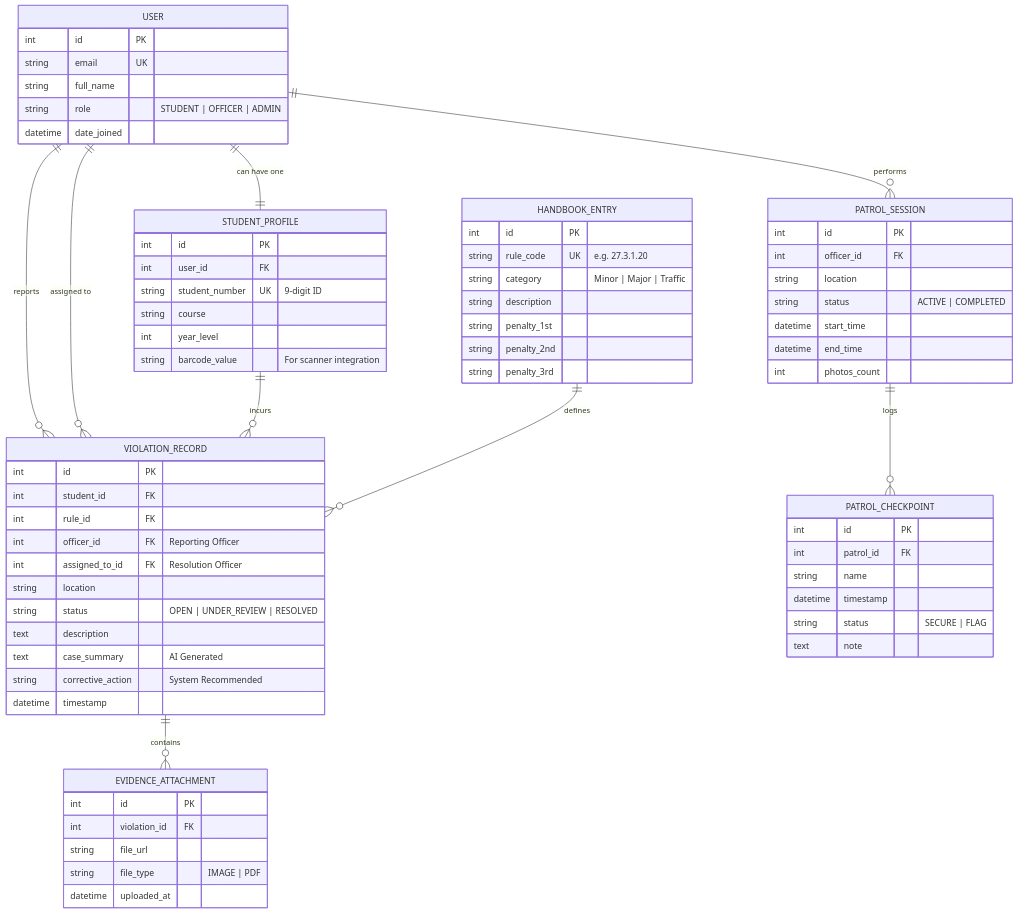
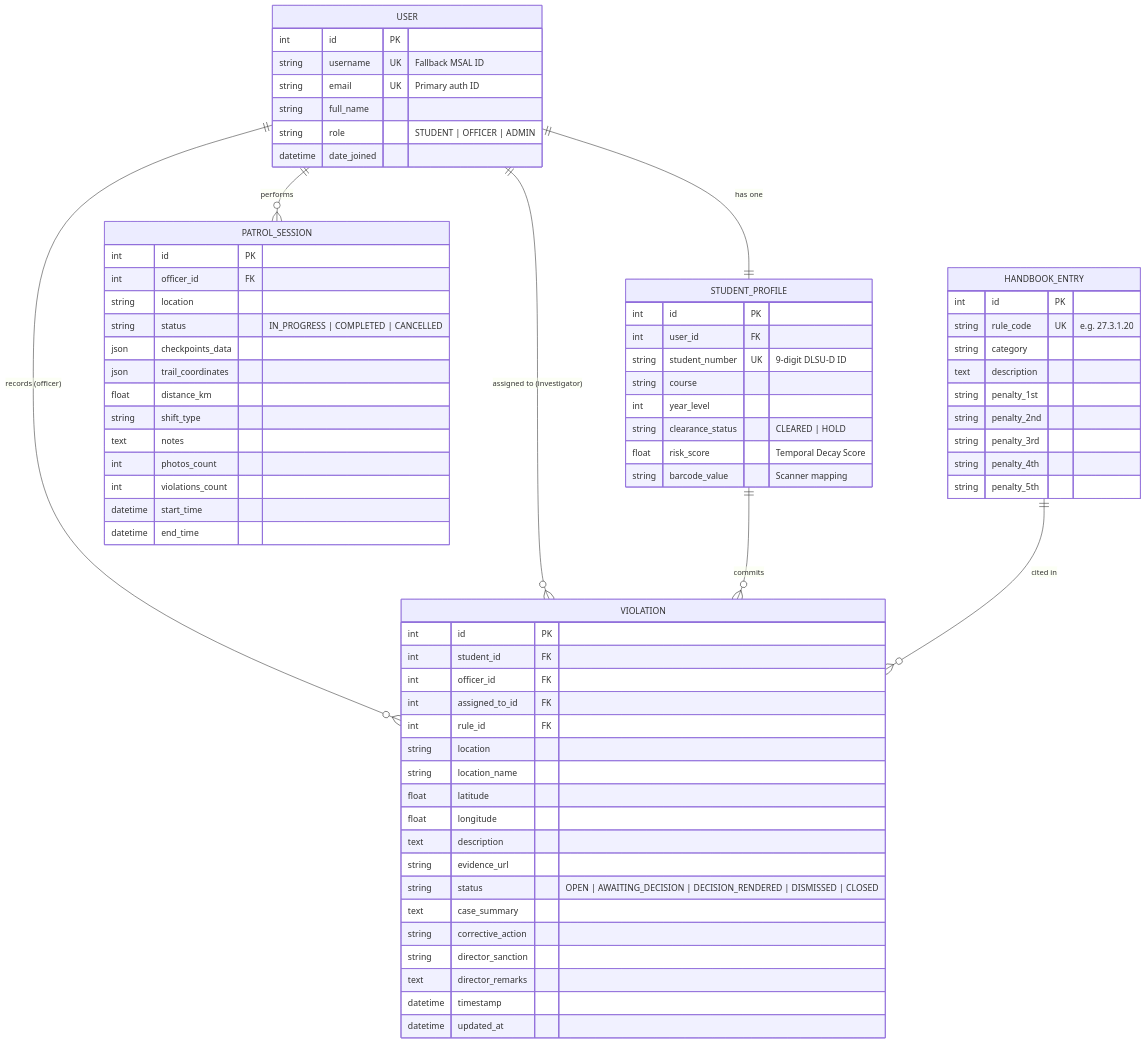
One commit to NIHATI-SWAFO/Thesis changed the diagram in schema.md. Above: the diagram before and after it, drawn with Mermaid. The commit also changed other lines of this file and 2 other files, not shown here.

Commit message:
docs: finalize system documentation, algorithm specification, and database schema for thesis defense

````diff
--- a/schema.md
+++ b/schema.md
@@ -13,90 +10,80 @@
 ```mermaid
 erDiagram
-    USER ||--|| STUDENT_PROFILE : "can have one"
+    USER ||--|| STUDENT_PROFILE : "has one"
     USER ||--o{ PATROL_SESSION : "performs"
-    USER ||--o{ VIOLATION_RECORD : "reports"
-    USER ||--o{ VIOLATION_RECORD : "assigned to"
+    USER ||--o{ VIOLATION : "records (officer)"
+    USER ||--o{ VIOLATION : "assigned to (investigator)"
    
-    STUDENT_PROFILE ||--o{ VIOLATION_RECORD : "incurs"
+    STUDENT_PROFILE ||--o{ VIOLATION : "commits"
    
-    HANDBOOK_ENTRY ||--o{ VIOLATION_RECORD : "defines"
+    HANDBOOK_ENTRY ||--o{ VIOLATION : "cited in"
    
-    VIOLATION_RECORD ||--o{ EVIDENCE_ATTACHMENT : "contains"
-   
-    PATROL_SESSION ||--o{ PATROL_CHECKPOINT : "logs"
-
-
     USER {
         int id PK
-        string email UK
+        string username UK "Fallback MSAL ID"
+        string email UK "Primary auth ID"
         string full_name
         string role "STUDENT | OFFICER | ADMIN"
         datetime date_joined
     }
 
-
     STUDENT_PROFILE {
         int id PK
         int user_id FK
-        string student_number UK "9-digit ID"
+        string student_number UK "9-digit DLSU-D ID"
         string course
         int year_level
-        string barcode_value "For scanner integration"
+        string clearance_status "CLEARED | HOLD"
+        float risk_score "Temporal Decay Score"
+        string barcode_value "Scanner mapping"
     }
-
 
     HANDBOOK_ENTRY {
         int id PK
         string rule_code UK "e.g. 27.3.1.20"
-        string category "Minor | Major | Traffic"
-        string description
+        string category
+        text description
         string penalty_1st
         string penalty_2nd
         string penalty_3rd
+        string penalty_4th
+        string penalty_5th
     }
 
-
-    VIOLATION_RECORD {
+    VIOLATION {
         int id PK
         int student_id FK
+        int officer_id FK
+        int assigned_to_id FK
         int rule_id FK
-        int officer_id FK "Reporting Officer"
-        int assigned_to_id FK "Resolution Officer"
         string location
-        string status "OPEN | UNDER_REVIEW | RESOLVED"
+        string location_name
+        float latitude
+        float longitude
         text description
-        text case_summary "AI Generated"
-        string corrective_action "System Recommended"
+        string evidence_url
+        string status "OPEN | AWAITING_DECISION | DECISION_RENDERED | DISMISSED | CLOSED"
+        text case_summary
+        string corrective_action
+        string director_sanction
+        text director_remarks
         datetime timestamp
+        datetime updated_at
     }
-
 
     PATROL_SESSION {
         int id PK
         int officer_id FK
         string location
-        string status "ACTIVE | COMPLETED"
+        string status "IN_PROGRESS | COMPLETED | CANCELLED"
+        json checkpoints_data
+        json trail_coordinates
+        float distance_km
+        string shift_type
+        text notes
+        int photos_count
+        int violations_count
         datetime start_time
         datetime end_time
-        int photos_count
-    }
-
-
-    PATROL_CHECKPOINT {
-        int id PK
-        int patrol_id FK
-        string name
-        datetime timestamp
-        string status "SECURE | FLAG"
-        text note
-    }
-
-
-    EVIDENCE_ATTACHMENT {
-        int id PK
-        int violation_id FK
-        string file_url
-        string file_type "IMAGE | PDF"
-        datetime uploaded_at
     }
 ```
````
